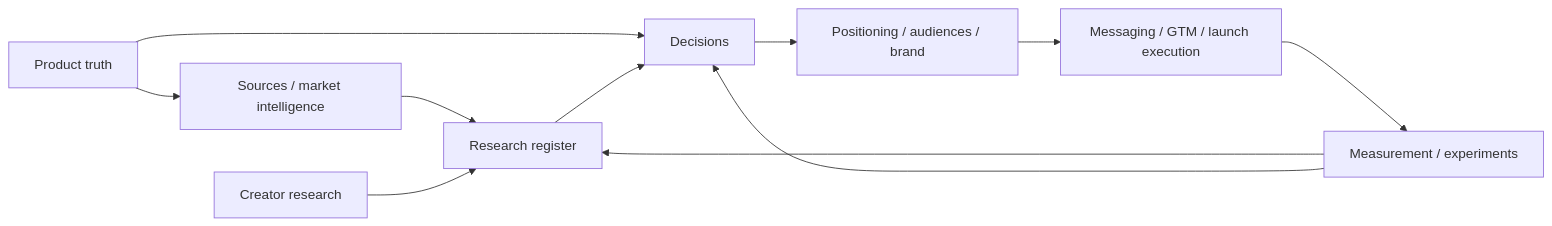
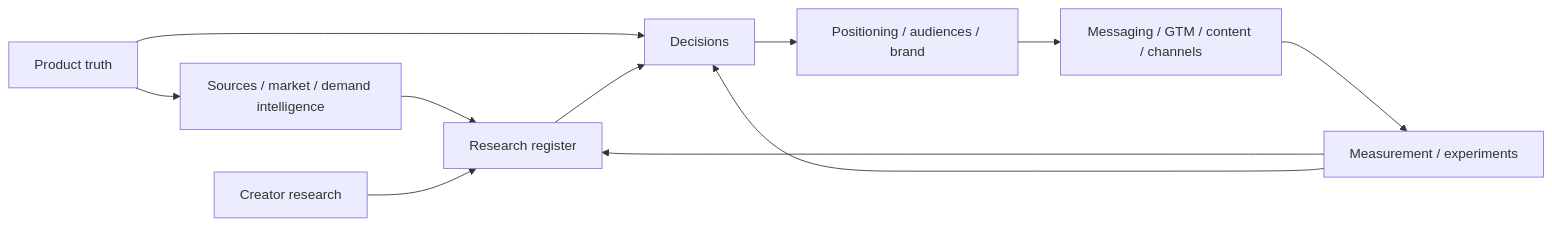
One commit to az1nn/openband changed the first of 2 diagrams in docs/marketing/README.md. Above: the diagram before and after it, drawn with Mermaid. The commit also changed other lines of this file, not shown here.

Commit message:
docs(marketing): integrate demand and content system

````diff
--- a/docs/marketing/README.md
+++ b/docs/marketing/README.md
@@ -78,13 +80,13 @@
 ```mermaid
 flowchart LR
-  PT[Product truth] --> SI[Sources / market intelligence]
+  PT[Product truth] --> SI[Sources / market / demand intelligence]
   SI --> R[Research register]
   CR[Creator research] --> R
   PT --> D[Decisions]
   R --> D
   D --> S[Positioning / audiences / brand]
-  S --> M[Messaging / GTM / launch execution]
+  S --> M[Messaging / GTM / content / channels]
   M --> X[Measurement / experiments]
   X --> R
   X --> D
 ```
````
